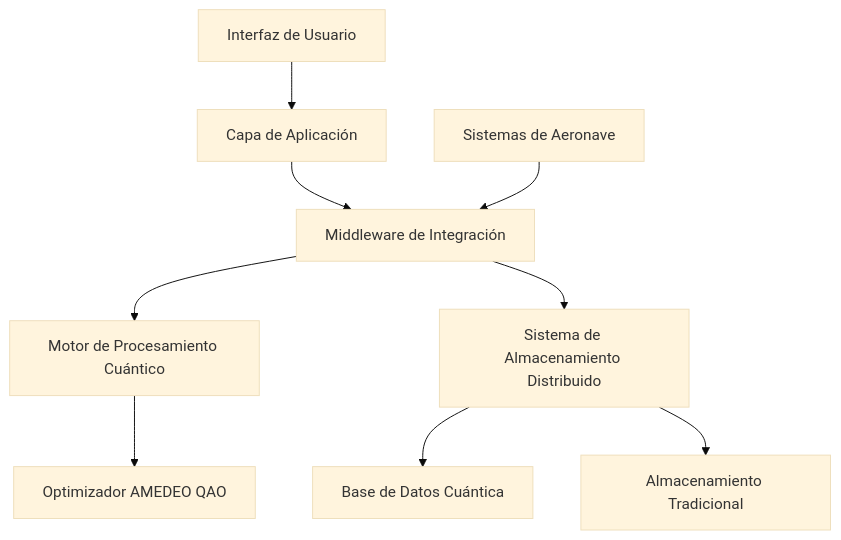
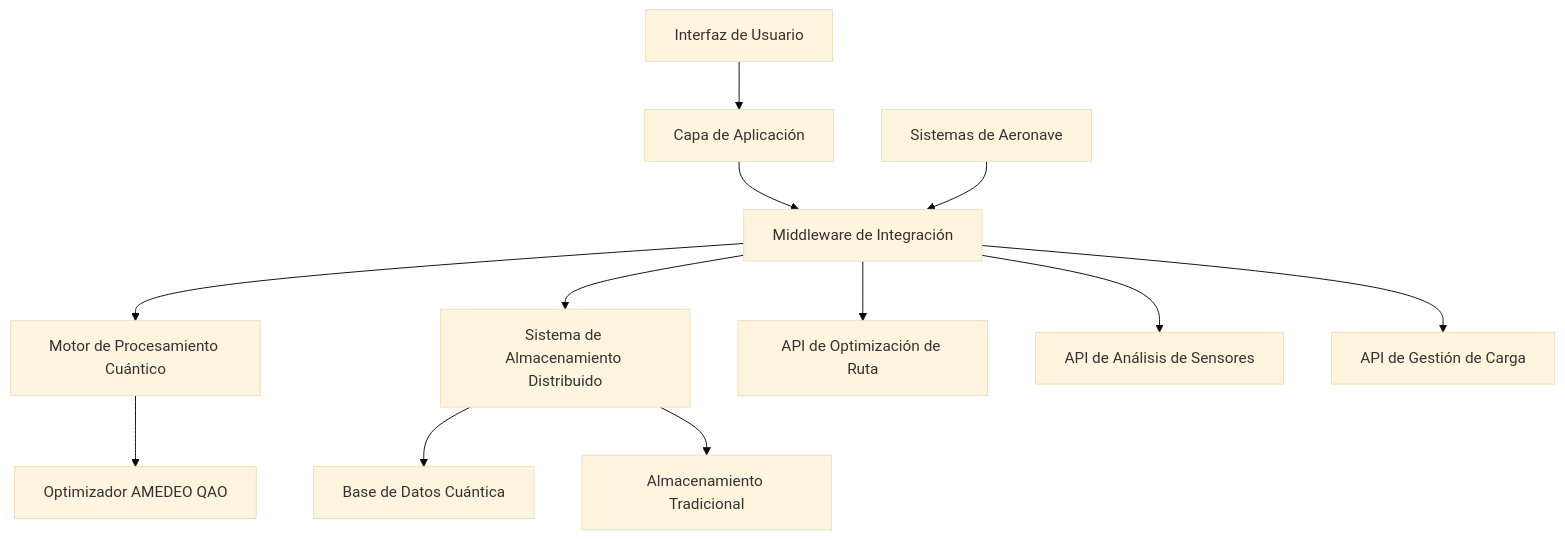
One commit to Robbbo-T/gaia-air-memories-project changed the first of 2 diagrams in docs/arquitectura/overview.md. Above: the diagram before and after it, drawn with Mermaid (base theme). The commit also changed other lines of this file and 3 other files, not shown here.

````diff
--- a/docs/arquitectura/overview.md
+++ b/docs/arquitectura/overview.md
@@ -38,11 +38,14 @@
 ```mermaid
 graph TD
     A[Interfaz de Usuario] --> B[Capa de Aplicación]
     B --> C[Middleware de Integración]
     C --> D[Motor de Procesamiento Cuántico]
     C --> E[Sistema de Almacenamiento Distribuido]
     D --> F[Optimizador AMEDEO QAO]
     E --> G[Base de Datos Cuántica]
     E --> H[Almacenamiento Tradicional]
     I[Sistemas de Aeronave] --> C
+    C --> J[API de Optimización de Ruta]
+    C --> K[API de Análisis de Sensores]
+    C --> L[API de Gestión de Carga]
 ```
````
